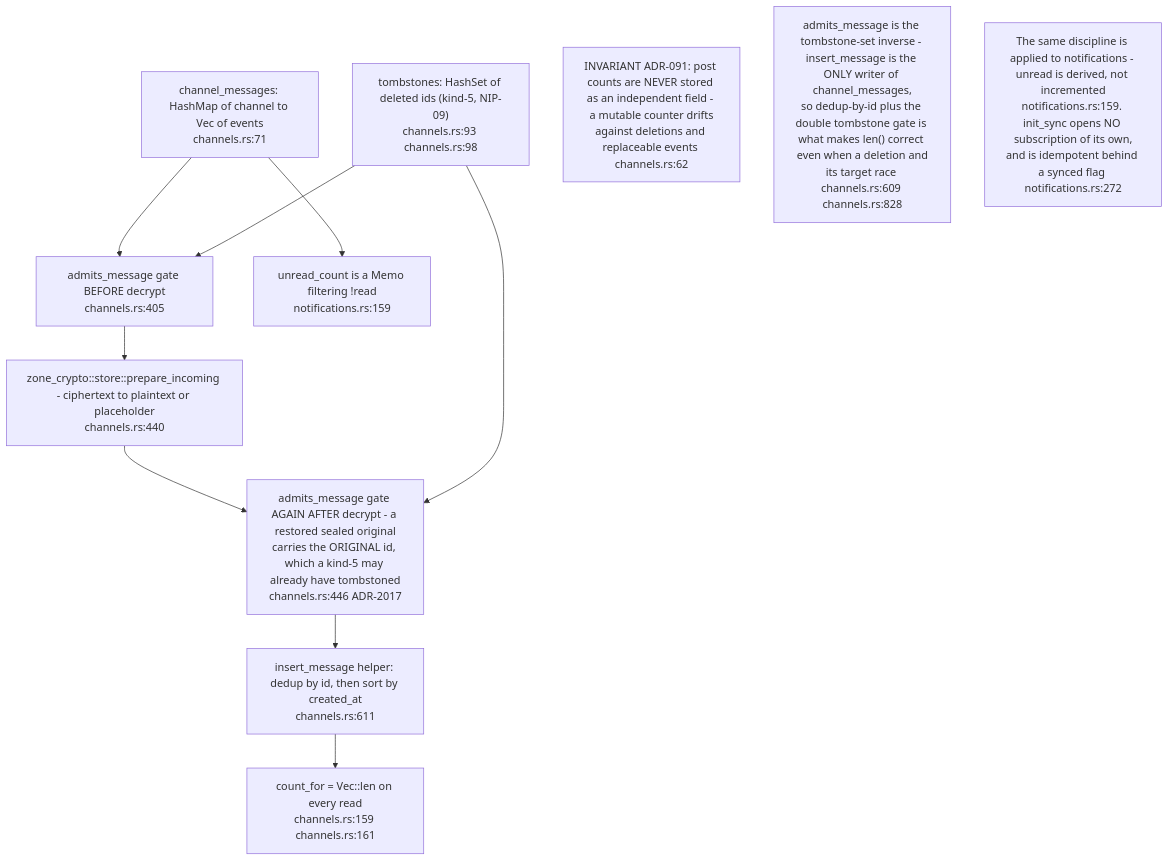
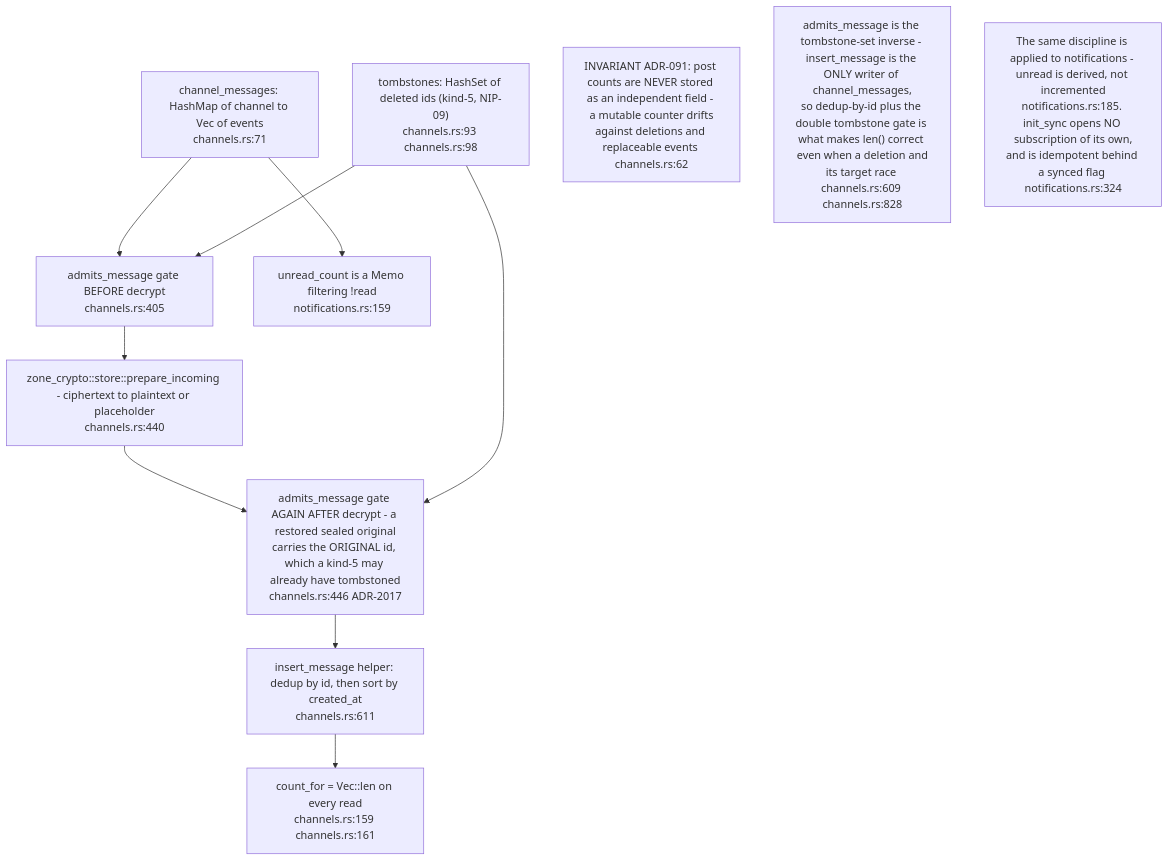
Before and after one commit to DreamLab-AI/VisionFlow: the sixth of 16 diagrams in docs/diagrams/nostr-rust-forum/05-leptos-clients-onboarding-messaging-governance.md, drawn with Mermaid. The commit also changed other lines of this file and 111 other files, not shown here.

Commit message:
docs(diagrams): align estate maps with current source

````diff
--- a/docs/diagrams/nostr-rust-forum/05-leptos-clients-onboarding-messaging-governance.md
+++ b/docs/diagrams/nostr-rust-forum/05-leptos-clients-onboarding-messaging-governance.md
@@ -223,20 +223,20 @@
 ```mermaid
 flowchart TB
     EVS["channel_messages: HashMap of channel to Vec of events<br/>channels.rs:71"]
     TOMB["tombstones: HashSet of deleted ids (kind-5, NIP-09)<br/>channels.rs:93 channels.rs:98"]
     GATE1["admits_message gate BEFORE decrypt<br/>channels.rs:405"]
     DEC["zone_crypto::store::prepare_incoming - ciphertext to plaintext or placeholder<br/>channels.rs:440"]
     GATE2["admits_message gate AGAIN AFTER decrypt - a restored sealed original<br/>carries the ORIGINAL id, which a kind-5 may already have tombstoned<br/>channels.rs:446 ADR-2017"]
     INS["insert_message helper: dedup by id, then sort by created_at<br/>channels.rs:611"]
     CNT["count_for = Vec::len on every read<br/>channels.rs:159 channels.rs:161"]
     UNREAD["unread_count is a Memo filtering !read<br/>notifications.rs:159"]
 
     EVS --> GATE1 --> DEC --> GATE2 --> INS --> CNT
     TOMB --> GATE1
     TOMB --> GATE2
     EVS --> UNREAD
 
     N1["INVARIANT ADR-091: post counts are NEVER stored as an independent field - a mutable counter drifts<br/>against deletions and replaceable events channels.rs:62"]
     N2["admits_message is the tombstone-set inverse - insert_message is the ONLY writer of channel_messages,<br/>so dedup-by-id plus the double tombstone gate is what makes len() correct even when a deletion and<br/>its target race channels.rs:609 channels.rs:828"]
-    N3["The same discipline is applied to notifications - unread is derived, not incremented<br/>notifications.rs:159. init_sync opens NO subscription of its own,<br/>and is idempotent behind a synced flag notifications.rs:272"]
+    N3["The same discipline is applied to notifications - unread is derived, not incremented<br/>notifications.rs:185. init_sync opens NO subscription of its own,<br/>and is idempotent behind a synced flag notifications.rs:324"]
 ```
````
